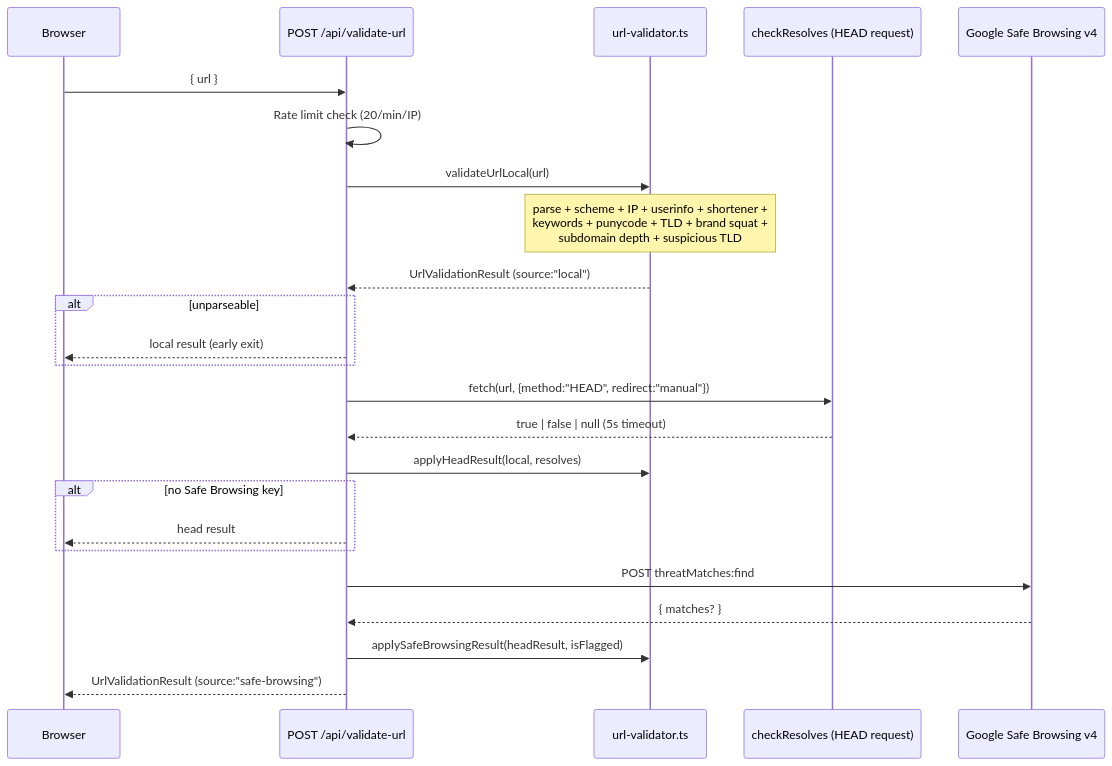
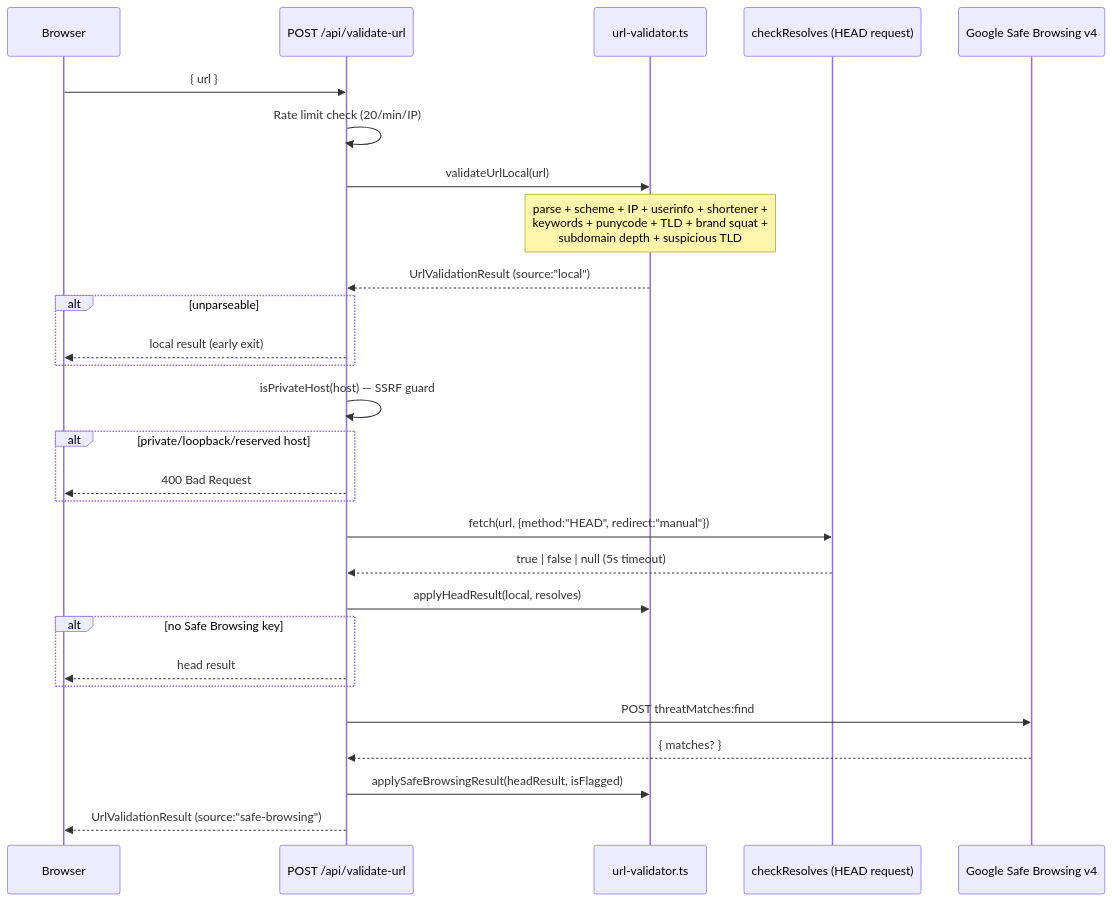
Before and after one commit to msywensky/isthisvalid: the third of 4 diagrams in DEVELOPER_GUIDE.md, drawn with Mermaid. The commit also changed other lines of this file and 1 other file, not shown here.

````diff
--- a/DEVELOPER_GUIDE.md
+++ b/DEVELOPER_GUIDE.md
@@ -207,27 +207,31 @@
 ```mermaid
 sequenceDiagram
     participant Browser
     participant Route as POST /api/validate-url
     participant Local as url-validator.ts
     participant Head as checkResolves (HEAD request)
     participant SB as Google Safe Browsing v4
 
     Browser->>Route: { url }
     Route->>Route: Rate limit check (20/min/IP)
     Route->>Local: validateUrlLocal(url)
     Note over Local: parse + scheme + IP + userinfo + shortener +<br/>keywords + punycode + TLD + brand squat +<br/>subdomain depth + suspicious TLD
     Local-->>Route: UrlValidationResult (source:"local")
     alt unparseable
         Route-->>Browser: local result (early exit)
     end
+    Route->>Route: isPrivateHost(host) — SSRF guard
+    alt private/loopback/reserved host
+        Route-->>Browser: 400 Bad Request
+    end
     Route->>Head: fetch(url, {method:"HEAD", redirect:"manual"})
     Head-->>Route: true | false | null (5s timeout)
     Route->>Local: applyHeadResult(local, resolves)
     alt no Safe Browsing key
         Route-->>Browser: head result
     end
     Route->>SB: POST threatMatches:find
     SB-->>Route: { matches? }
     Route->>Local: applySafeBrowsingResult(headResult, isFlagged)
     Route-->>Browser: UrlValidationResult (source:"safe-browsing")
 ```
````
